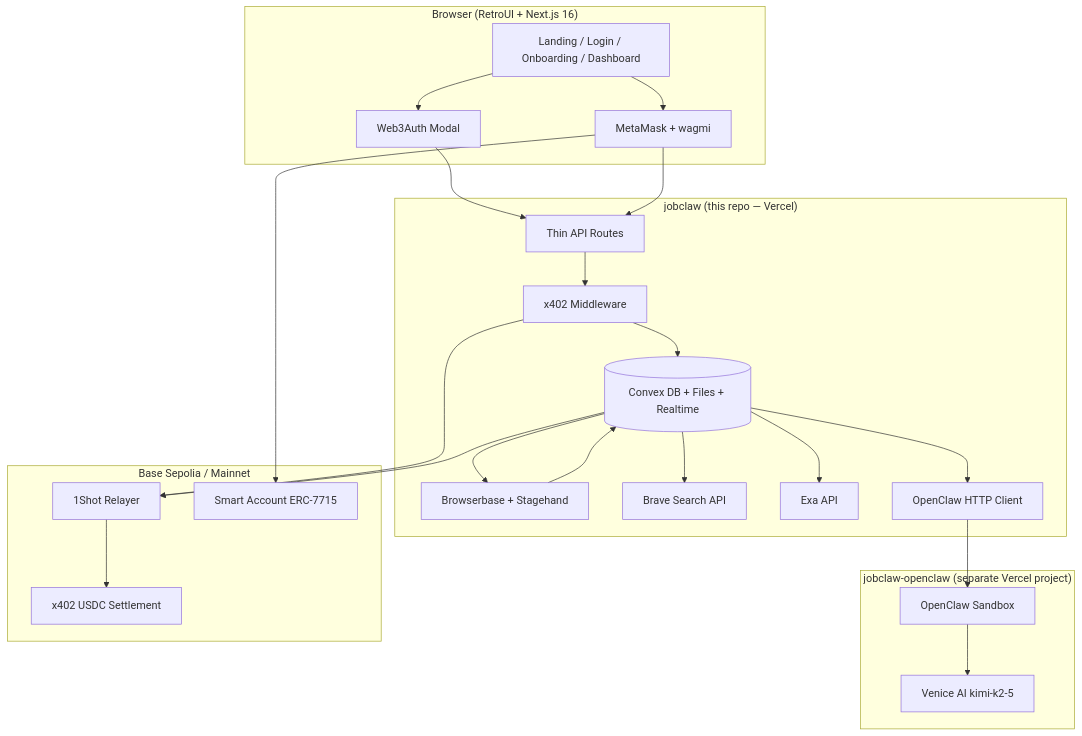
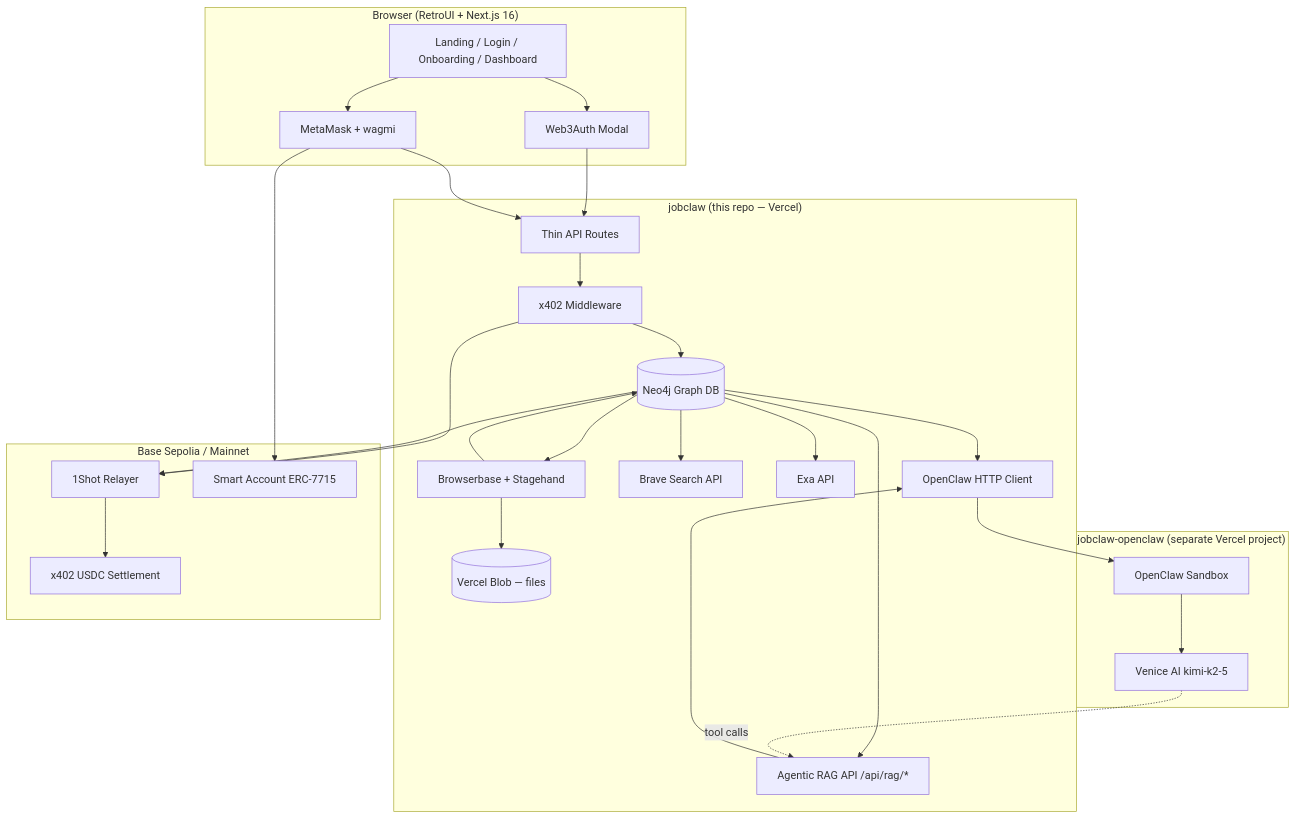
Before and after one commit to ANAMASGARD/JobClaw: the diagram in context/architecture.md, drawn with Mermaid. The commit also changed other lines of this file and 11 other files, not shown here.

First line of the commit message:
docs: adopt Neo4j as required DB and document agentic RAG architecture

````diff
--- a/context/architecture.md
+++ b/context/architecture.md
@@ -37,47 +39,53 @@
 ```mermaid
 flowchart TB
   subgraph Client["Browser (RetroUI + Next.js 16)"]
     UI[Landing / Login / Onboarding / Dashboard]
     W3A[Web3Auth Modal]
     MM[MetaMask + wagmi]
   end
 
   subgraph JobClawRepo["jobclaw (this repo — Vercel)"]
     API[Thin API Routes]
     MW[x402 Middleware]
-    Convex[(Convex DB + Files + Realtime)]
+    Neo4j[(Neo4j Graph DB)]
+    Blob[(Vercel Blob — files)]
     Auto[Browserbase + Stagehand]
     Brave[Brave Search API]
     Exa[Exa API]
     OCClient[OpenClaw HTTP Client]
+    RAG[Agentic RAG API /api/rag/*]
   end
 
   subgraph OpenClawRepo["jobclaw-openclaw (separate Vercel project)"]
     Sandbox[OpenClaw Sandbox]
     Venice[Venice AI kimi-k2-5]
   end
 
   subgraph Onchain["Base Sepolia / Mainnet"]
     OneShot[1Shot Relayer]
     X402[x402 USDC Settlement]
     SA[Smart Account ERC-7715]
   end
 
   UI --> W3A
   UI --> MM
   W3A --> API
   MM --> API
   API --> MW
-  MW --> Convex
-  Convex --> Auto
-  Convex --> Brave
-  Convex --> Exa
-  Convex --> OCClient
+  MW --> Neo4j
+  Neo4j --> Auto
+  Neo4j --> Brave
+  Neo4j --> Exa
+  Neo4j --> OCClient
+  Neo4j --> RAG
+  RAG --> OCClient
   OCClient --> Sandbox
   Sandbox --> Venice
+  Venice -.->|tool calls| RAG
   MM --> SA
   MW --> OneShot
   OneShot --> X402
-  Convex --> OneShot
-  Auto --> Convex
+  Neo4j --> OneShot
+  Auto --> Neo4j
+  Auto --> Blob
 ```
````
